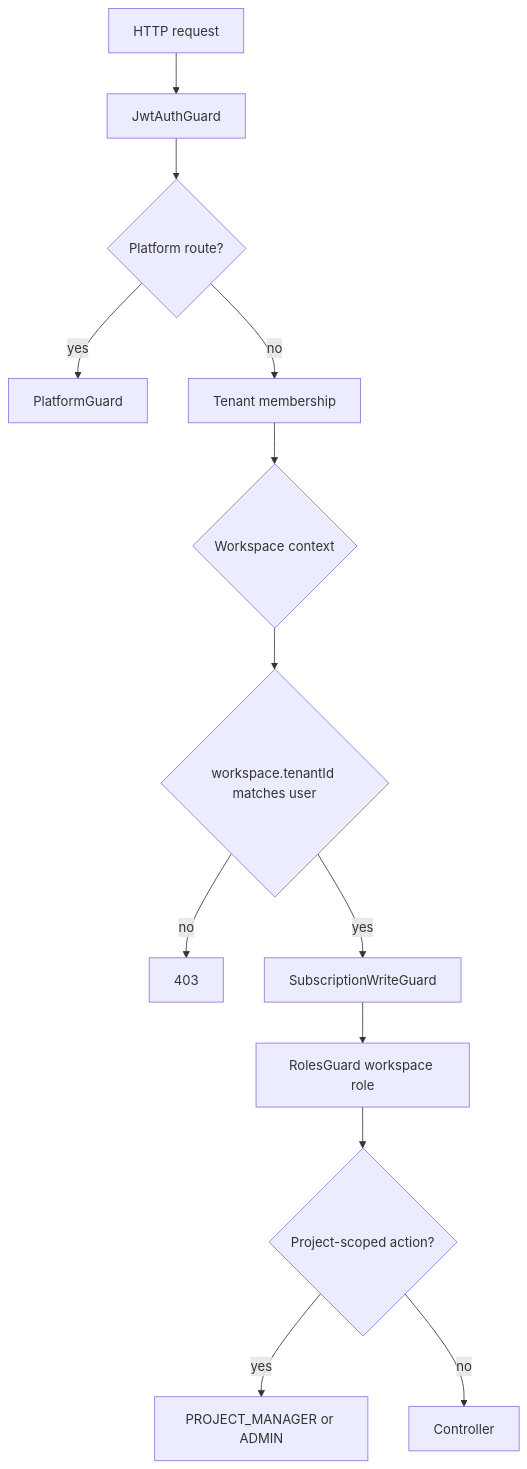
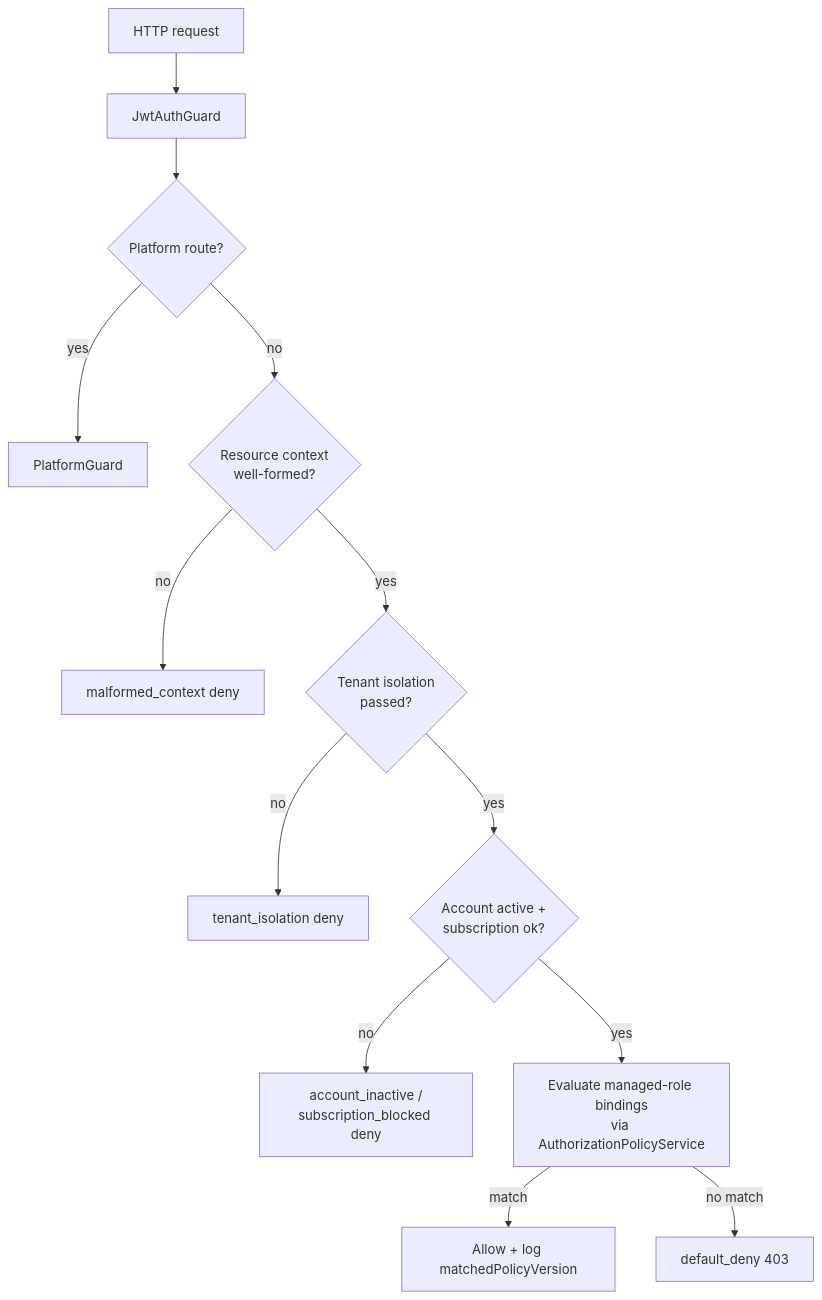
The seventh of 7 diagrams in docs/architecture/TENANT_RBAC.md (SCITAIGROUP1/ChronoMint), drawn with Mermaid before and after one commit. The commit also changed other lines of this file and 959 other files, not shown here.

````diff
--- a/docs/architecture/TENANT_RBAC.md
+++ b/docs/architecture/TENANT_RBAC.md
@@ -256,15 +268,15 @@
 ```mermaid
 flowchart TD
   Req[HTTP request] --> JwtGuard[JwtAuthGuard]
   JwtGuard --> PlatformRoute{Platform route?}
   PlatformRoute -->|yes| PlatformGuard[PlatformGuard]
-  PlatformRoute -->|no| TenantMember[Tenant membership]
-  TenantMember --> WsSwitch{Workspace context}
-  WsSwitch --> TenantMatch{workspace.tenantId matches user}
-  TenantMatch -->|no| Deny403[403]
-  TenantMatch -->|yes| SubGuard[SubscriptionWriteGuard]
-  SubGuard --> RolesGuard[RolesGuard workspace role]
-  RolesGuard --> ProjectCheck{Project-scoped action?}
-  ProjectCheck -->|yes| PMCheck[PROJECT_MANAGER or ADMIN]
-  ProjectCheck -->|no| Handler[Controller]
+  PlatformRoute -->|no| MalformedCheck{Resource context\nwell-formed?}
+  MalformedCheck -->|no| Deny400[malformed_context deny]
+  MalformedCheck -->|yes| IsolationCheck{Tenant isolation\npassed?}
+  IsolationCheck -->|no| Deny403a[tenant_isolation deny]
+  IsolationCheck -->|yes| AccountCheck{Account active +\nsubscription ok?}
+  AccountCheck -->|no| Deny403b[account_inactive /\nsubscription_blocked deny]
+  AccountCheck -->|yes| BindingEval[Evaluate managed-role bindings\nvia AuthorizationPolicyService]
+  BindingEval -->|match| Allow[Allow + log matchedPolicyVersion]
+  BindingEval -->|no match| DefaultDeny[default_deny 403]
 ```
````
